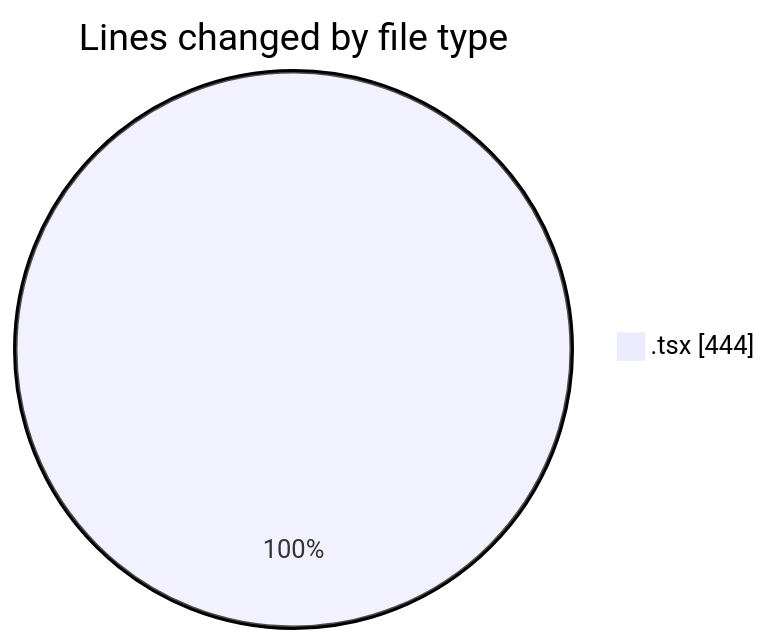
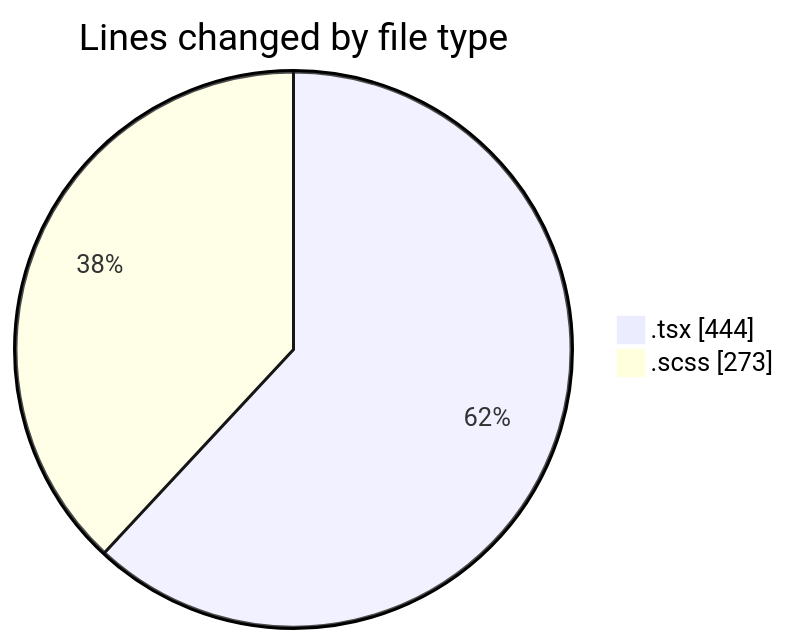
One commit to momahboobian/code-tracking changed the first of 2 diagrams in 2025-10-06/cda/README.md. Above: the diagram before and after it, drawn with Mermaid. The commit also changed other lines of this file and 1 other file, not shown here.

````diff
--- a/2025-10-06/cda/README.md
+++ b/2025-10-06/cda/README.md
@@ -20,5 +21,6 @@
 ```mermaid
 pie showData
 title Lines changed by file type
 ".tsx" : 444
+".scss" : 273
 ```
````
